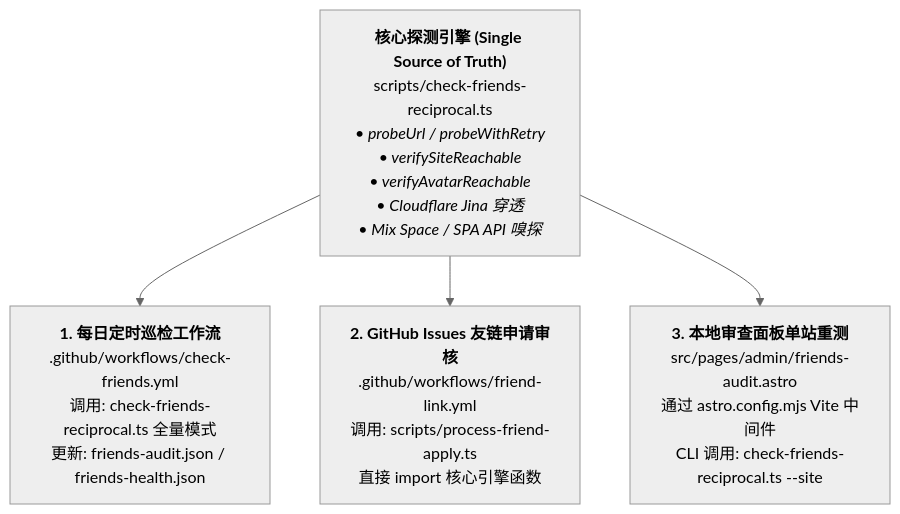
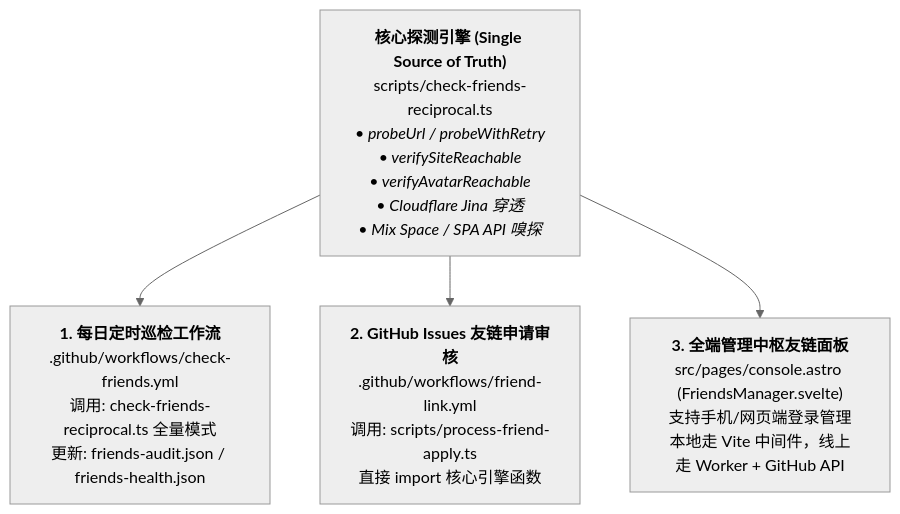
One commit to LengxiQwQ/lengxiqwq-site changed the diagram in docs/friends-management.md. Above: the diagram before and after it, drawn with Mermaid (neutral theme). The commit also changed other lines of this file and 23 other files, not shown here.

````diff
--- a/docs/friends-management.md
+++ b/docs/friends-management.md
@@ -13,12 +13,12 @@
 ```mermaid
 flowchart TD
     Core["<b>核心探测引擎 (Single Source of Truth)</b><br>scripts/check-friends-reciprocal.ts<br><i>• probeUrl / probeWithRetry<br>• verifySiteReachable<br>• verifyAvatarReachable<br>• Cloudflare Jina 穿透<br>• Mix Space / SPA API 嗅探</i>"]
 
     DailyCI["<b>1. 每日定时巡检工作流</b><br>.github/workflows/check-friends.yml<br>调用: check-friends-reciprocal.ts 全量模式<br>更新: friends-audit.json / friends-health.json"]
     IssueBot["<b>2. GitHub Issues 友链申请审核</b><br>.github/workflows/friend-link.yml<br>调用: scripts/process-friend-apply.ts<br>直接 import 核心引擎函数"]
-    DevAudit["<b>3. 本地审查面板单站重测</b><br>src/pages/admin/friends-audit.astro<br>通过 astro.config.mjs Vite 中间件<br>CLI 调用: check-friends-reciprocal.ts --site"]
+    DevAudit["<b>3. 全端管理中枢友链面板</b><br>src/pages/console.astro (FriendsManager.svelte)<br>支持手机/网页端登录管理<br>本地走 Vite 中间件，线上走 Worker + GitHub API"]
 
     Core --> DailyCI
     Core --> IssueBot
     Core --> DevAudit
 ```
````
